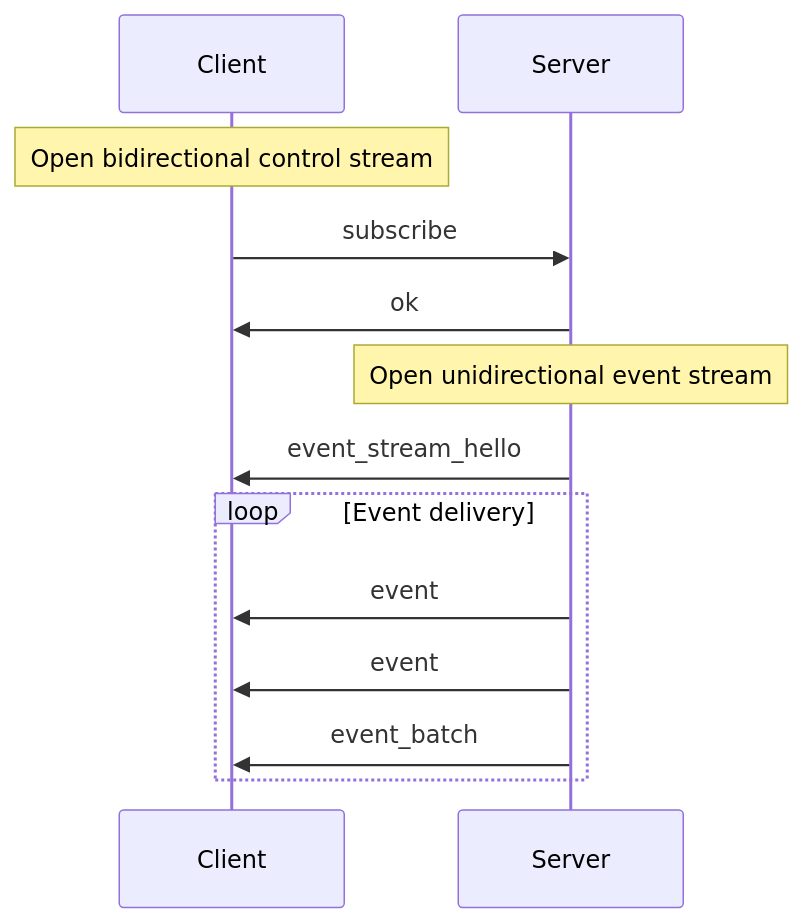
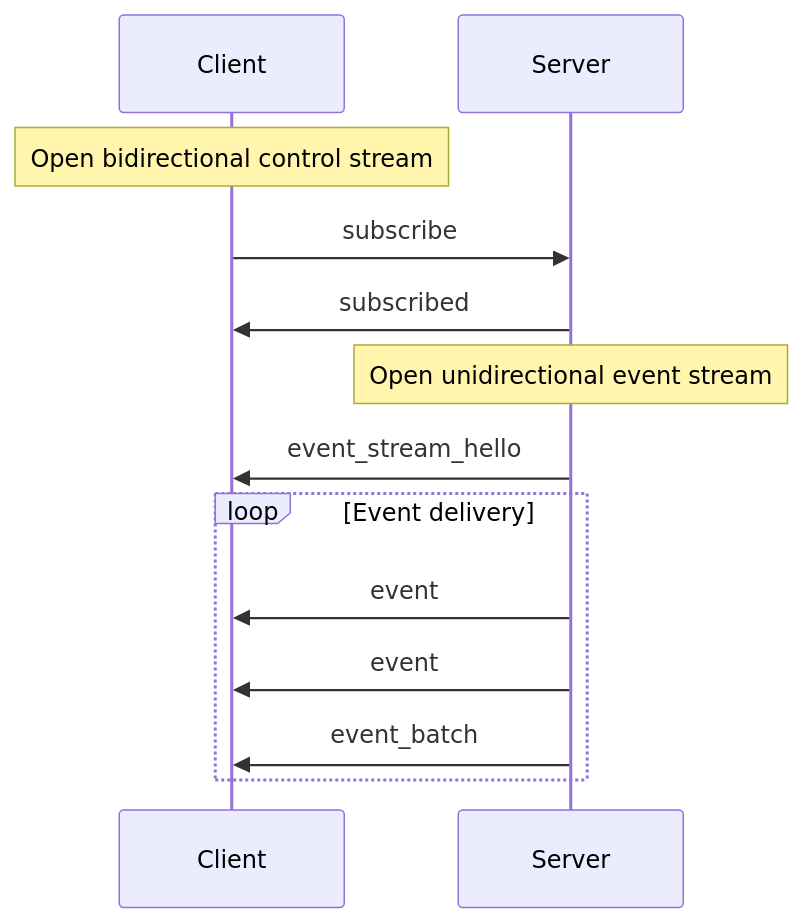
One commit to GetFelix/felix changed the third of 6 diagrams in docs-site/src/content/docs/architecture/wire-protocol.md. Above: the diagram before and after it, drawn with Mermaid. The commit also changed other lines of this file and 3 other files, not shown here.

````diff
--- a/docs-site/src/content/docs/architecture/wire-protocol.md
+++ b/docs-site/src/content/docs/architecture/wire-protocol.md
@@ -812,16 +896,16 @@
 ```mermaid
 sequenceDiagram
     participant C as Client
     participant S as Server
     
     Note over C: Open bidirectional control stream
     C->>S: subscribe
-    S->>C: ok
+    S->>C: subscribed
     Note over S: Open unidirectional event stream
     S->>C: event_stream_hello
     loop Event delivery
         S->>C: event
         S->>C: event
         S->>C: event_batch
     end
 ```
````
